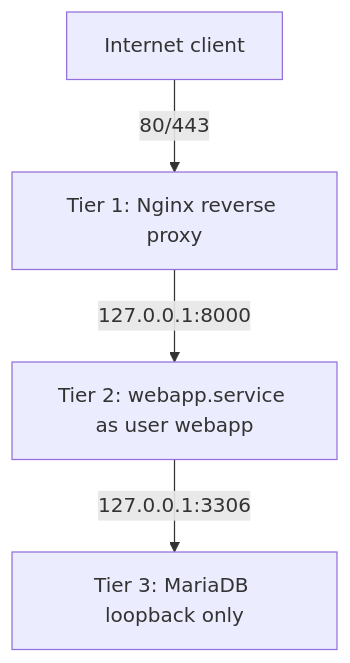
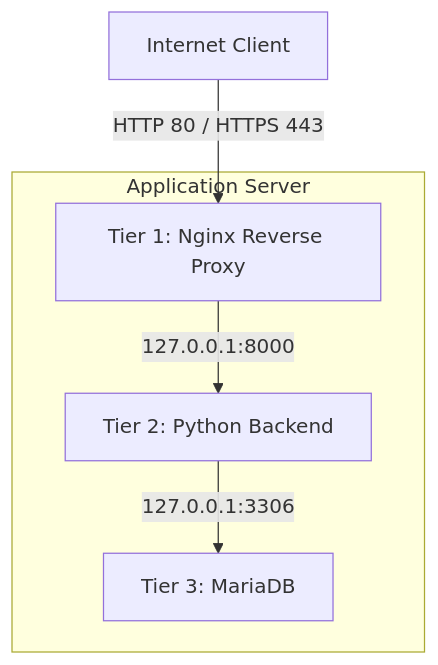
The diagram in README.md (Myrlyon/Team-Project-Milestone-Sistem-Operasi-TIKAB-2026), drawn with Mermaid before and after one commit. The commit also changed other lines of this file, not shown here.

````diff
--- a/README.md
+++ b/README.md
@@ -5,6 +24,12 @@
 ```mermaid
 flowchart TD
-C[Internet client] -->|80/443| N[Tier 1: Nginx reverse proxy]
-N -->|127.0.0.1:8000| A[Tier 2: webapp.service as user webapp]
-A -->|127.0.0.1:3306| D[Tier 3: MariaDB loopback only]
+    C[Internet Client] -->|HTTP 80 / HTTPS 443| N[Tier 1: Nginx Reverse Proxy]
+    N -->|127.0.0.1:8000| A[Tier 2: Python Backend]
+    A -->|127.0.0.1:3306| D[Tier 3: MariaDB]
+
+    subgraph Application Server
+        N
+        A
+        D
+    end
 ```
````
